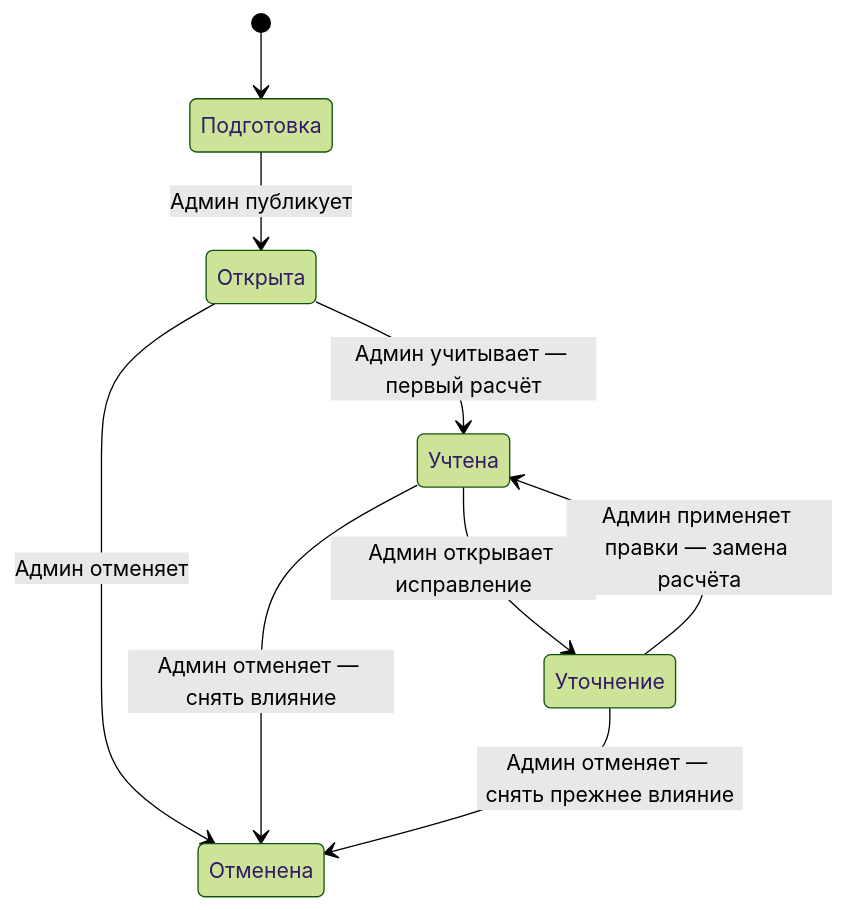
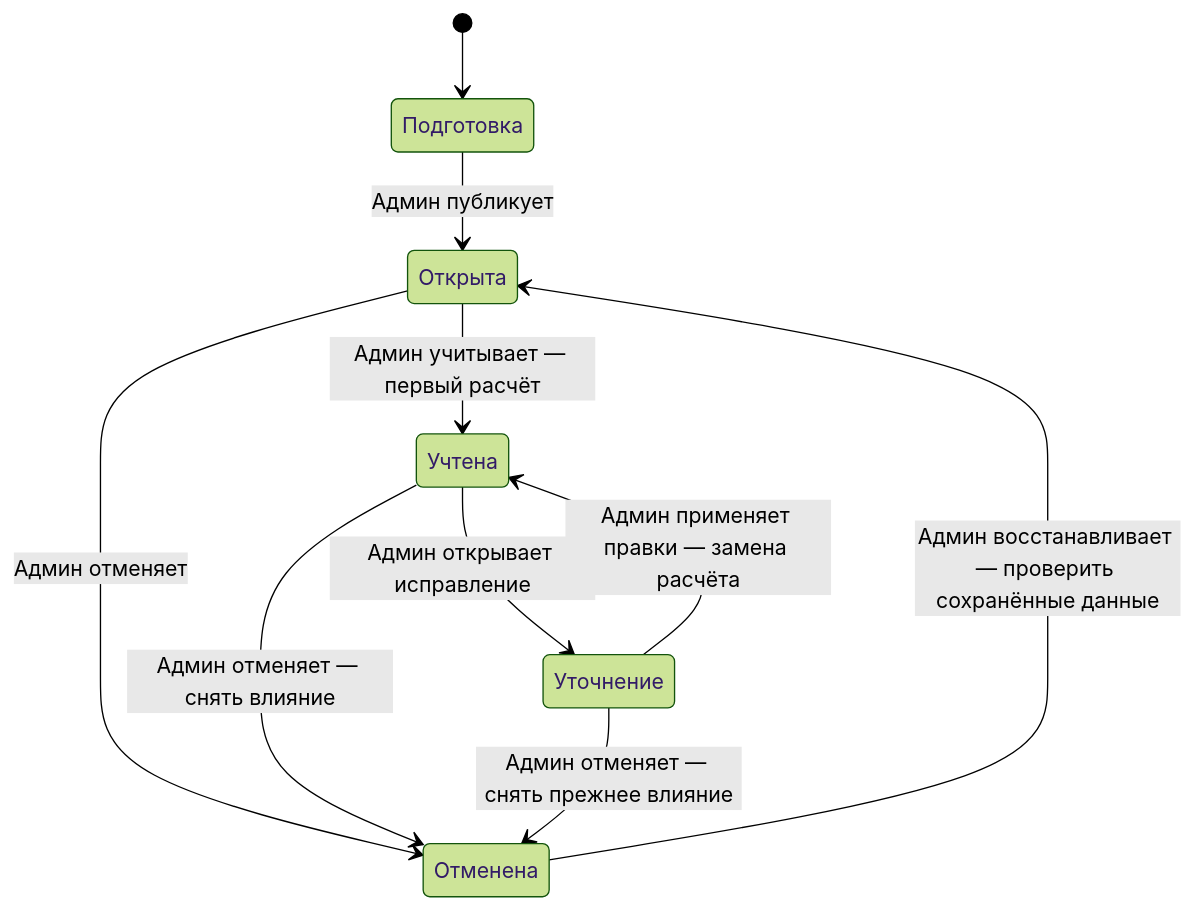
The second of 3 diagrams in docs/UI_FLOW_REVIEW.md (Romamor/tennis-split-bot), drawn with Mermaid (forest theme) before and after one commit. The commit also changed other lines of this file and 22 other files, not shown here.

````diff
--- a/docs/UI_FLOW_REVIEW.md
+++ b/docs/UI_FLOW_REVIEW.md
@@ -43,16 +43,17 @@
 ```mermaid
 stateDiagram-v2
     state "Подготовка" as Draft
     state "Открыта" as Open
     state "Учтена" as Closed
     state "Уточнение" as Review
     state "Отменена" as Cancelled
     [*] --> Draft
     Draft --> Open: Админ публикует
     Open --> Closed: Админ учитывает — первый расчёт
     Closed --> Review: Админ открывает исправление
     Review --> Closed: Админ применяет правки — замена расчёта
     Open --> Cancelled: Админ отменяет
     Closed --> Cancelled: Админ отменяет — снять влияние
     Review --> Cancelled: Админ отменяет — снять прежнее влияние
+    Cancelled --> Open: Админ восстанавливает — проверить сохранённые данные
 ```
````
